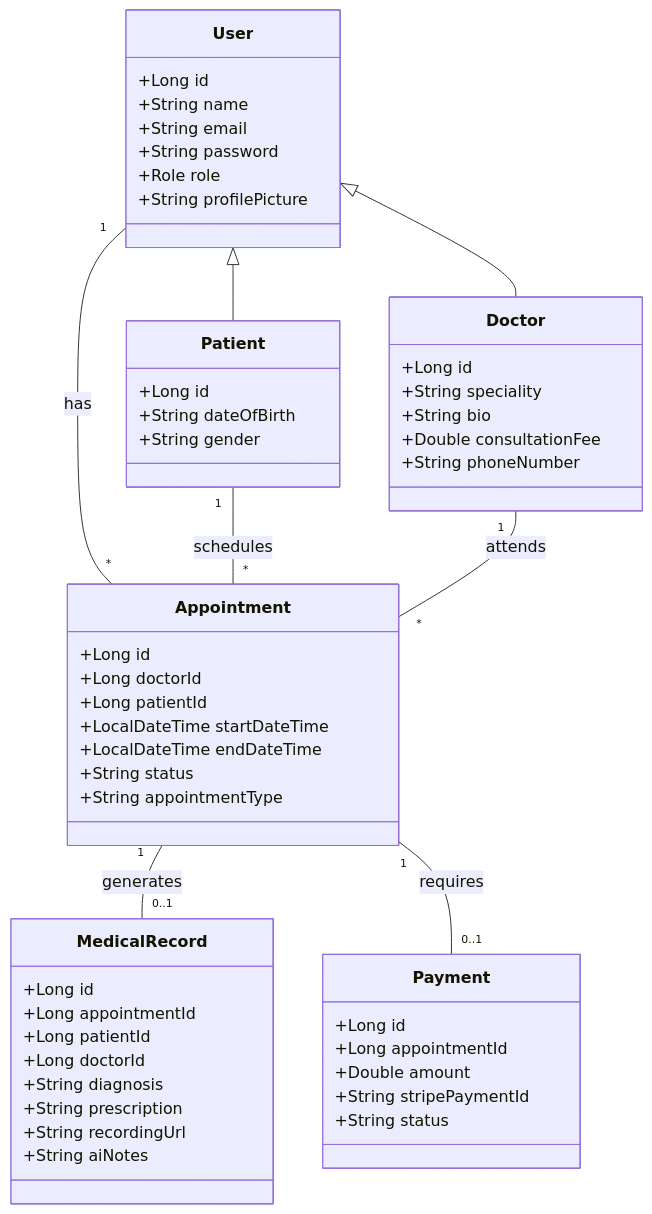
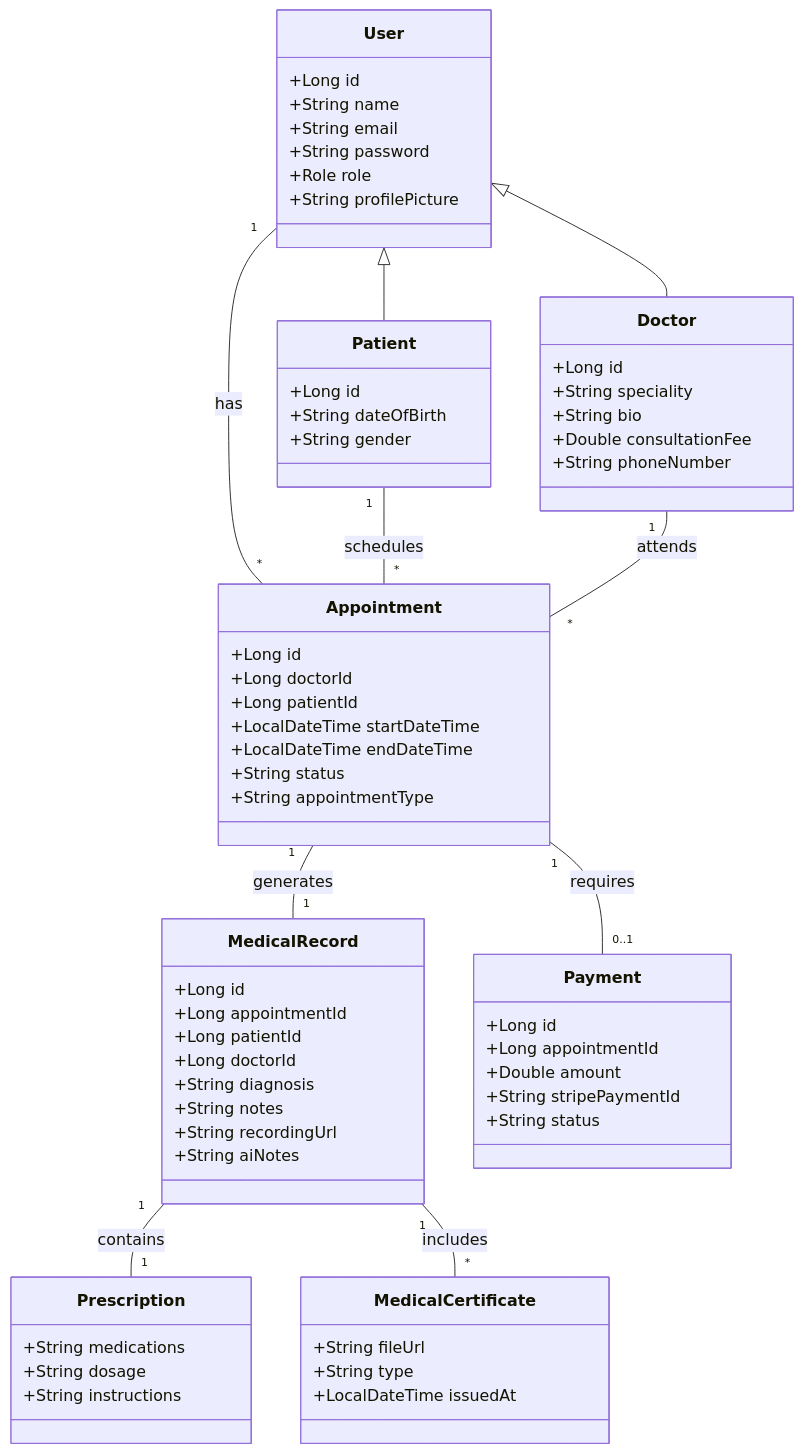
Before and after one commit to hariti-asm/mydoctor: the diagram in PROJECT_README.md, drawn with Mermaid. The commit also changed other lines of this file, not shown here.

Commit message:
improving video call design

````diff
--- a/PROJECT_README.md
+++ b/PROJECT_README.md
@@ -56,62 +56,76 @@
 ```mermaid
 classDiagram
     class User {
         +Long id
         +String name
         +String email
         +String password
         +Role role
         +String profilePicture
     }
 
     class Patient {
         +Long id
         +String dateOfBirth
         +String gender
     }
 
     class Doctor {
         +Long id
         +String speciality
         +String bio
         +Double consultationFee
         +String phoneNumber
     }
 
     class Appointment {
         +Long id
         +Long doctorId
         +Long patientId
         +LocalDateTime startDateTime
         +LocalDateTime endDateTime
         +String status
         +String appointmentType
     }
 
     class MedicalRecord {
         +Long id
         +Long appointmentId
         +Long patientId
         +Long doctorId
         +String diagnosis
-        +String prescription
+        +String notes
         +String recordingUrl
         +String aiNotes
+    }
+
+    class Prescription {
+        +String medications
+        +String dosage
+        +String instructions
+    }
+
+    class MedicalCertificate {
+        +String fileUrl
+        +String type
+        +LocalDateTime issuedAt
     }
 
     class Payment {
         +Long id
         +Long appointmentId
         +Double amount
         +String stripePaymentId
         +String status
     }
 
     User <|-- Patient
     User <|-- Doctor
     User "1" -- "*" Appointment : has
     Patient "1" -- "*" Appointment : schedules
     Doctor "1" -- "*" Appointment : attends
-    Appointment "1" -- "0..1" MedicalRecord : generates
+    Appointment "1" -- "1" MedicalRecord : generates
+    MedicalRecord "1" -- "1" Prescription : contains
+    MedicalRecord "1" -- "*" MedicalCertificate : includes
     Appointment "1" -- "0..1" Payment : requires
 ```
````
